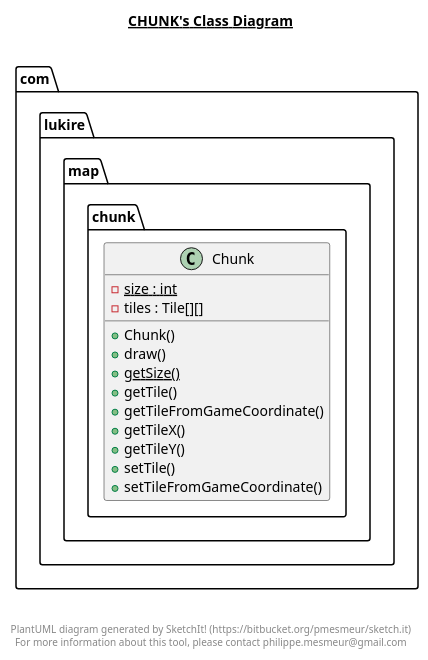
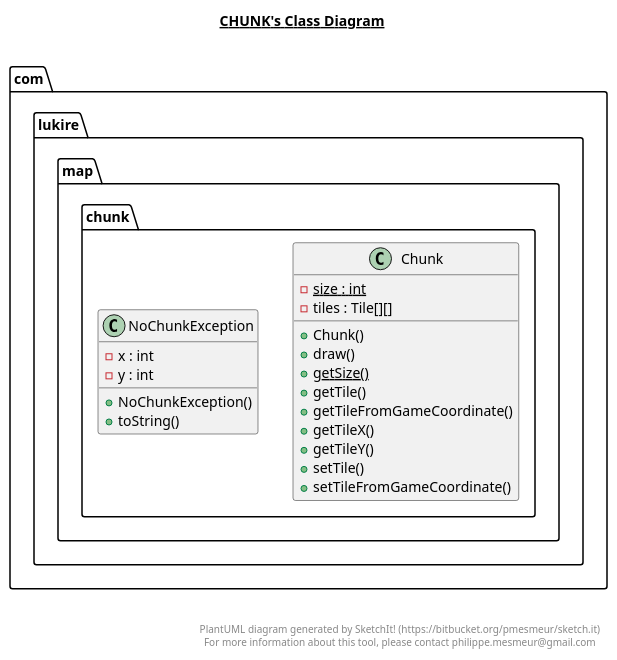
Before and after one commit to Lukires/school_cannon: the diagram in src/main/java/com/lukire/map/chunk/chunk.plantuml, drawn with PlantUML. The commit also changed 11 other files, not shown here.

Commit message:
Added Javadocs & Updated UML

```diff
--- a/src/main/java/com/lukire/map/chunk/chunk.plantuml
+++ b/src/main/java/com/lukire/map/chunk/chunk.plantuml
@@ -1,33 +1,45 @@
 @startuml
 
 title __CHUNK's Class Diagram__\n
 
   namespace com.lukire.map {
     namespace chunk {
       class com.lukire.map.chunk.Chunk {
           {static} - size : int
           - tiles : Tile[][]
           + Chunk()
           + draw()
           {static} + getSize()
           + getTile()
           + getTileFromGameCoordinate()
           + getTileX()
           + getTileY()
           + setTile()
           + setTileFromGameCoordinate()
       }
     }
   }
   
 
+  namespace com.lukire.map {
+    namespace chunk {
+      class com.lukire.map.chunk.NoChunkException {
+          - x : int
+          - y : int
+          + NoChunkException()
+          + toString()
+      }
+    }
+  }
+  
+
 
 
 right footer
 
 
 PlantUML diagram generated by SketchIt! (https://bitbucket.org/pmesmeur/sketch.it)
 For more information about this tool, please contact philippe.mesmeur@gmail.com
 endfooter
 
 @enduml
```
